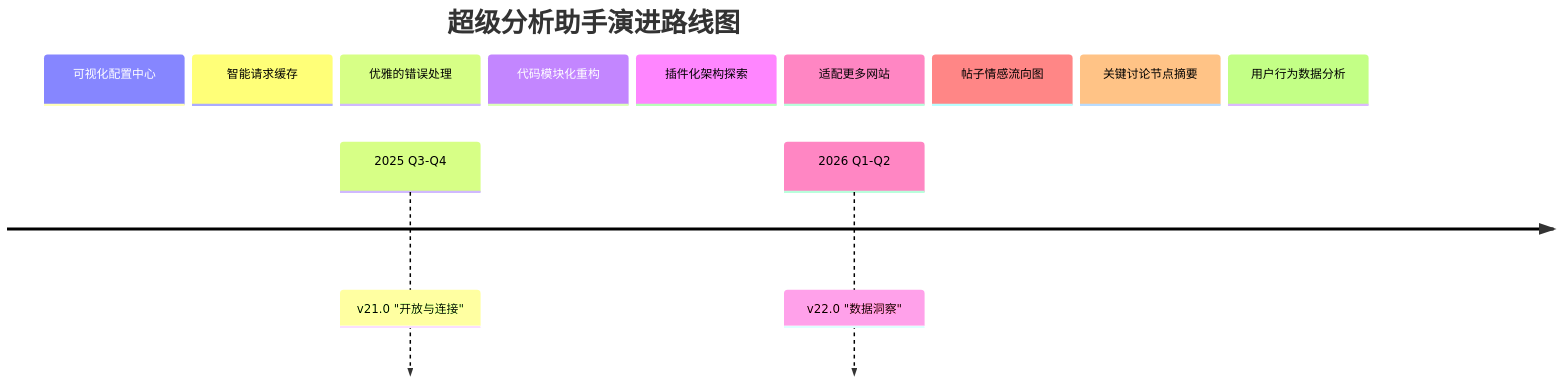
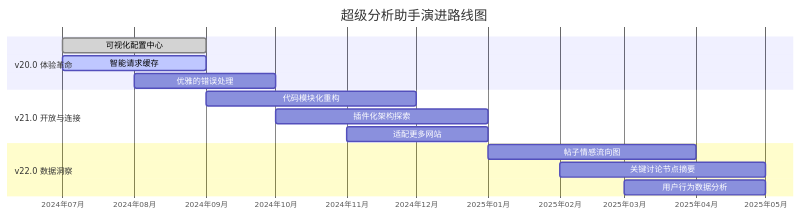
One commit to lzA6/js-goblin changed the fourth of 4 diagrams in README.md. Above: the diagram before and after it, drawn with Mermaid. The commit also changed other lines of this file, not shown here.

````diff
--- a/README.md
+++ b/README.md
@@ -362,18 +408,21 @@
 ```mermaid
-timeline
+gantt
     title 超级分析助手演进路线图
-    2025 Q1-Q2 : v20.0 "体验革命"
-        section 可视化配置中心
-        section 智能请求缓存
-        section 优雅的错误处理
+    dateFormat  YYYY-MM
+    axisFormat  %Y年%m月
     
-    2025 Q3-Q4 : v21.0 "开放与连接"  
-        section 代码模块化重构
-        section 插件化架构探索
-        section 适配更多网站
+    section v20.0 体验革命
+    可视化配置中心 :done, 2024-07, 2M
+    智能请求缓存 :active, 2024-07, 2M
+    优雅的错误处理 :2024-08, 2M
     
-    2026 Q1-Q2 : v22.0 "数据洞察"
-        section 帖子情感流向图
-        section 关键讨论节点摘要
-        section 用户行为数据分析
+    section v21.0 开放与连接
+    代码模块化重构 :2024-09, 3M
+    插件化架构探索 :2024-10, 3M
+    适配更多网站 :2024-11, 2M
+    
+    section v22.0 数据洞察
+    帖子情感流向图 :2025-01, 3M
+    关键讨论节点摘要 :2025-02, 3M
+    用户行为数据分析 :2025-03, 2M
 ```
````
